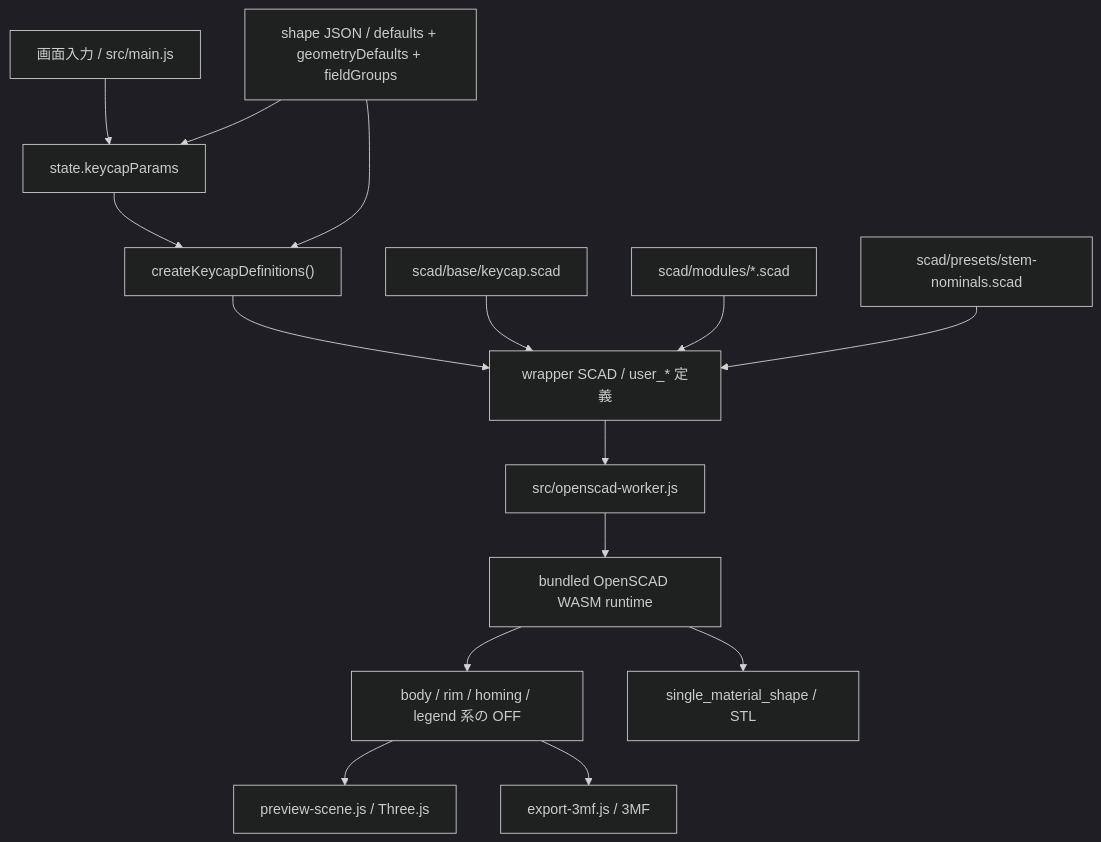
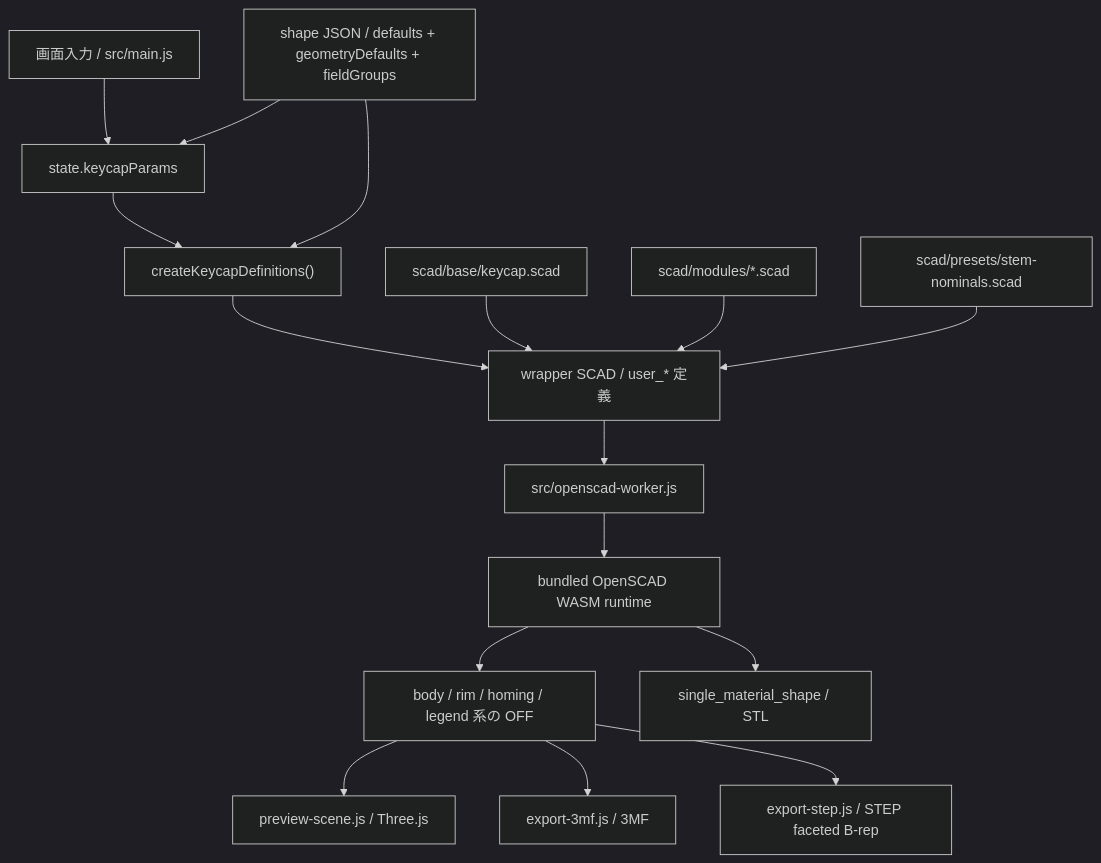
One commit to Masashi-desu/KeycapMaker changed the diagram in docs/architecture/scad-and-export.md. Above: the diagram before and after it, drawn with Mermaid (dark theme). The commit also changed other lines of this file and 15 other files, not shown here.

Commit message:
Add STEP export option

````diff
--- a/docs/architecture/scad-and-export.md
+++ b/docs/architecture/scad-and-export.md
@@ -88,17 +88,18 @@
 ```mermaid
 flowchart TD
   screen["画面入力 / src/main.js"] --> state["state.keycapParams"]
   shapeJson["shape JSON / defaults + geometryDefaults + fieldGroups"] --> state
   state --> bridge["createKeycapDefinitions()"]
   shapeJson --> bridge
   bridge --> wrapper["wrapper SCAD / user_* 定義"]
   scadEntry["scad/base/keycap.scad"] --> wrapper
   scadModules["scad/modules/*.scad"] --> wrapper
   stemNominals["scad/presets/stem-nominals.scad"] --> wrapper
   wrapper --> worker["src/openscad-worker.js"]
   worker --> wasm["bundled OpenSCAD WASM runtime"]
   wasm --> off["body / rim / homing / legend 系の OFF"]
   off --> preview["preview-scene.js / Three.js"]
   off --> export3mf["export-3mf.js / 3MF"]
+  off --> exportStep["export-step.js / STEP faceted B-rep"]
   wasm --> exportStl["single_material_shape / STL"]
 ```
````
